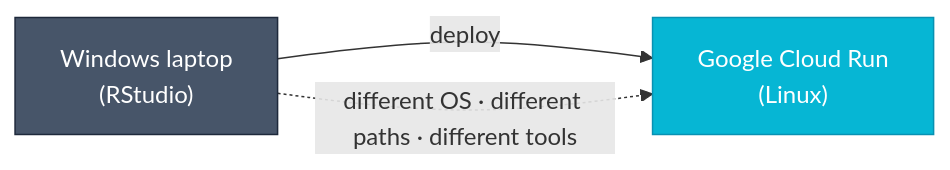
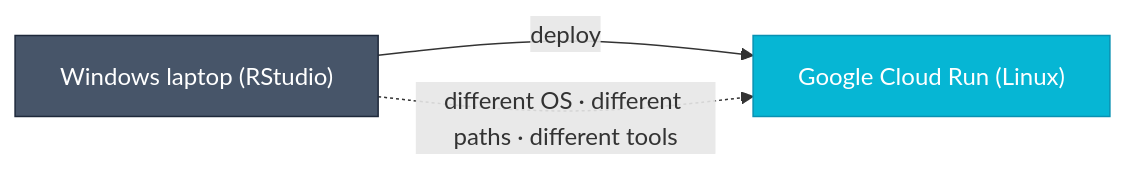
The first of 3 diagrams in docs/your-development-environment.md (Ch3w3y/docker_gcp), drawn with Mermaid before and after one commit. The commit also changed other lines of this file, not shown here.

Commit message:
fix(docs): remove literal \n from Mermaid node labels

````diff
--- a/docs/your-development-environment.md
+++ b/docs/your-development-environment.md
@@ -39,10 +39,10 @@
 ```mermaid
 flowchart LR
-    W["Windows laptop\n(RStudio)"]
-    G["Google Cloud Run\n(Linux)"]
+    W["Windows laptop (RStudio)"]
+    G["Google Cloud Run (Linux)"]
     W -- "deploy" --> G
     W -.->|"different OS · different paths · different tools"| G
 
     style G fill:#06b6d4,stroke:#0891b2,color:#ffffff
     style W fill:#475569,stroke:#1e293b,color:#ffffff
 ```
````
